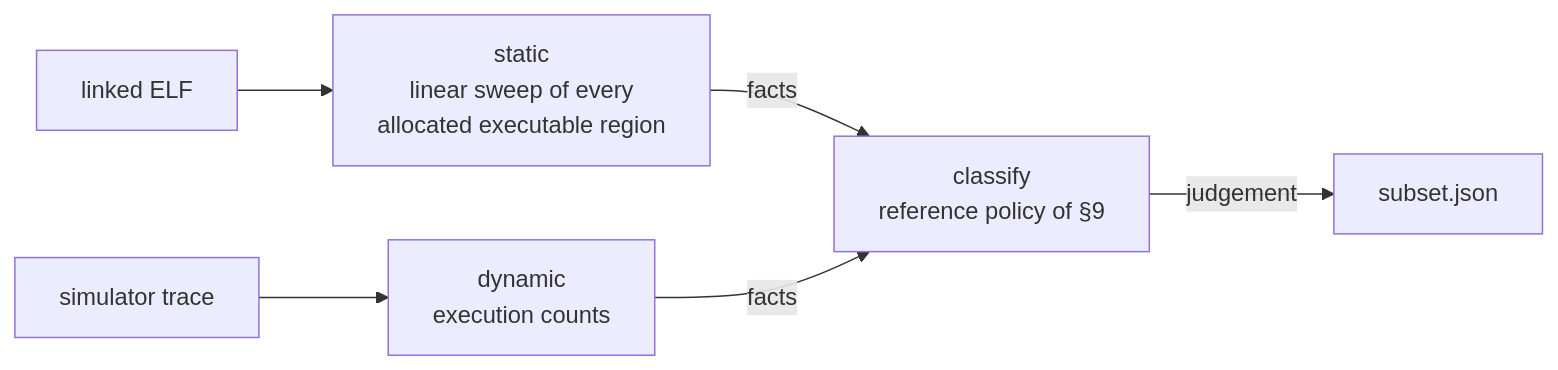
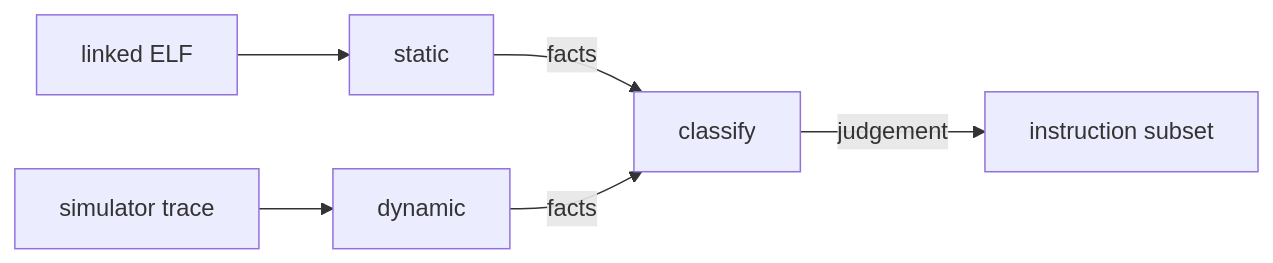
The diagram in docs/04-methodology-requirements.md (tanveerhasan-dsi/slim-cva6-edgeai-soc), drawn with Mermaid before and after one commit. The commit also changed other lines of this file and 19 other files, not shown here.

````diff
--- a/docs/04-methodology-requirements.md
+++ b/docs/04-methodology-requirements.md
@@ -140,8 +127,8 @@
 ```mermaid
 flowchart LR
-    ELF["linked ELF"] --> ST["static<br/>linear sweep of every<br/>allocated executable region"]
-    TRACE["simulator trace"] --> DY["dynamic<br/>execution counts"]
-    ST -->|"facts"| CL["classify<br/>reference policy of §9"]
-    DY -->|"facts"| CL
-    CL -->|"judgement"| OUT["subset.json"]
+    ELF["linked ELF"] --> ST["static"]
+    TRACE["simulator trace"] --> DY["dynamic"]
+    ST -->|facts| CL["classify"]
+    DY -->|facts| CL
+    CL -->|judgement| OUT["instruction subset"]
 ```
````
